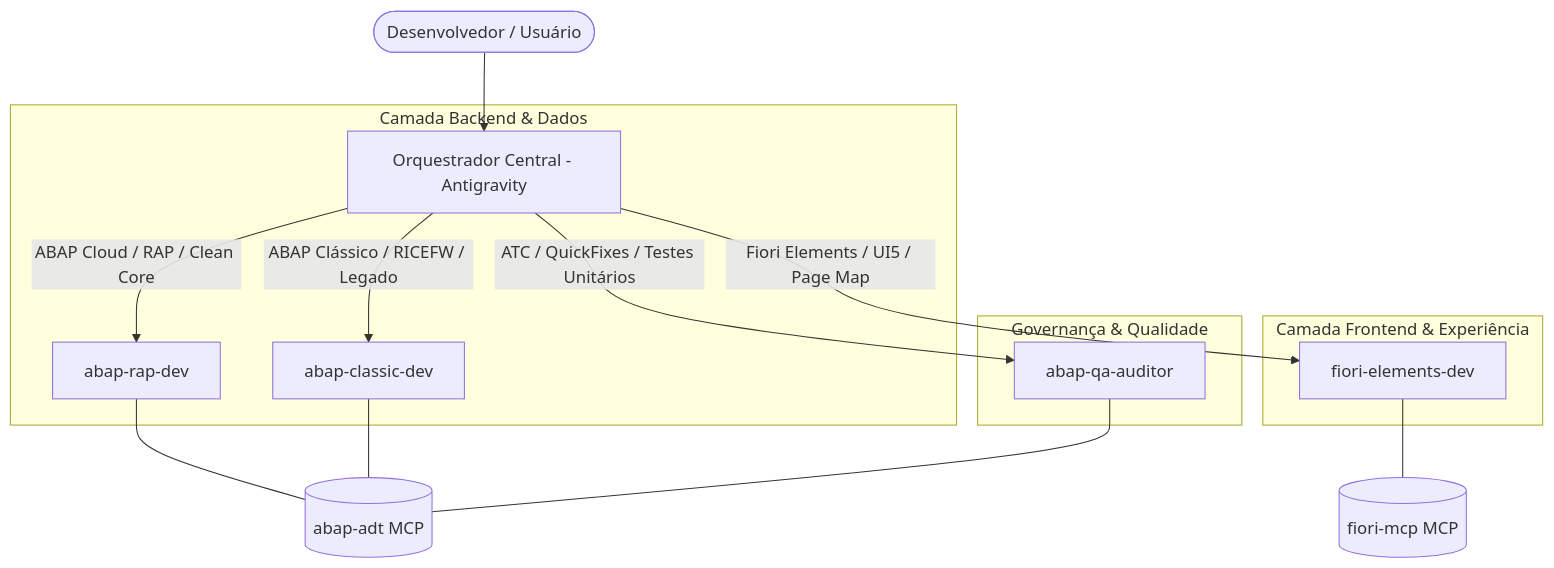
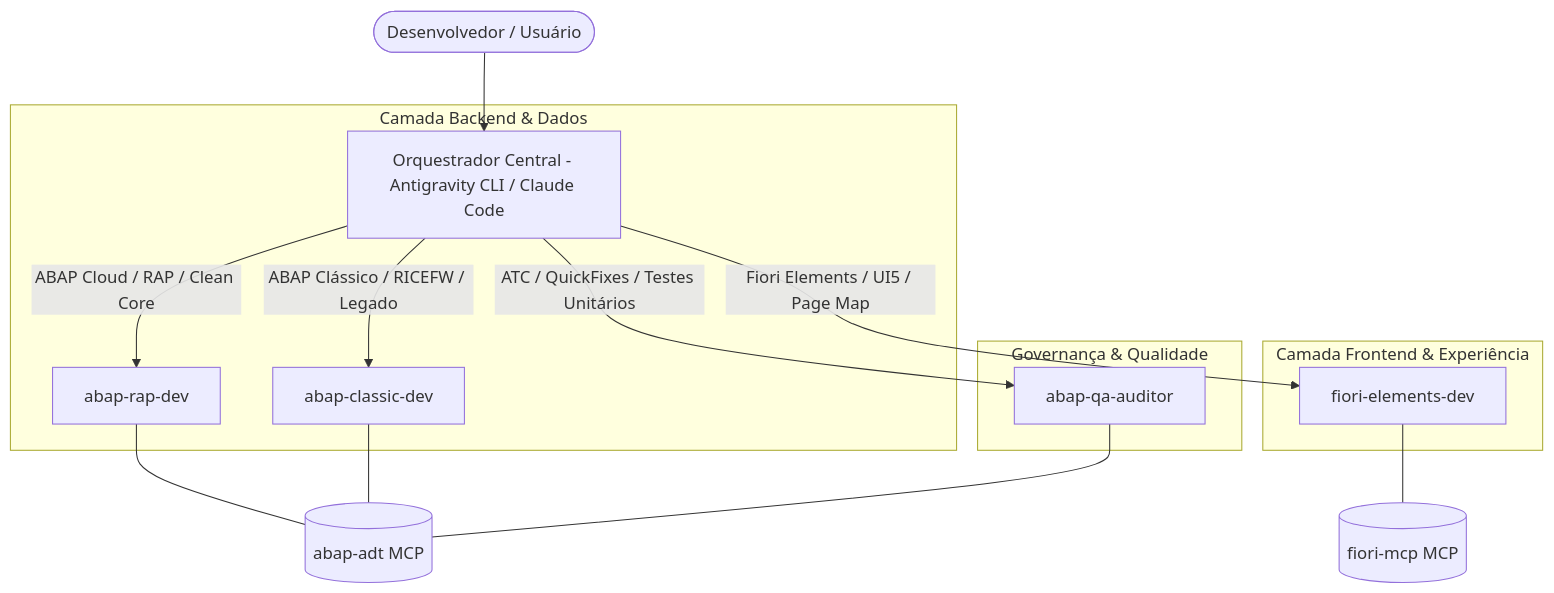
The diagram in README.md (josevictormartinsdasilva/abap-full-stack-sample), drawn with Mermaid before and after one commit.

Commit message:
Ajustando README.md

````diff
--- a/README.md
+++ b/README.md
@@ -11,22 +11,22 @@
 ```mermaid
 flowchart TD
-    User([Desenvolvedor / Usuário]) --> Lead[Orquestrador Central - Antigravity]
+    User([Desenvolvedor / Usuário]) --> Lead[Orquestrador Central - Antigravity CLI / Claude Code]
 
     subgraph Backend_Layer["Camada Backend & Dados"]
         Lead -->|ABAP Cloud / RAP / Clean Core| RAP["abap-rap-dev"]
         Lead -->|ABAP Clássico / RICEFW / Legado| Classic["abap-classic-dev"]
     end
 
     subgraph Frontend_Layer["Camada Frontend & Experiência"]
         Lead -->|Fiori Elements / UI5 / Page Map| Fiori["fiori-elements-dev"]
     end
 
     subgraph Quality_Layer["Governança & Qualidade"]
         Lead -->|ATC / QuickFixes / Testes Unitários| QA["abap-qa-auditor"]
     end
 
     RAP --- ADT_MCP[(abap-adt MCP)]
     Classic --- ADT_MCP
     Fiori --- FIORI_MCP[(fiori-mcp MCP)]
     QA --- ADT_MCP
 ```
````
